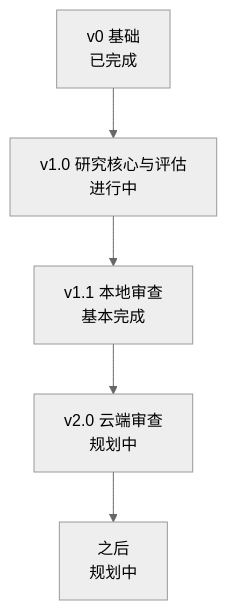
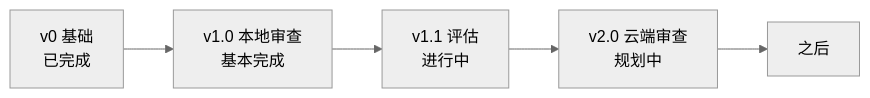
One commit to Pleasurecruise/eyeful changed the diagram in docs/zh/ROADMAP.md. Above: the diagram before and after it, drawn with Mermaid (neutral theme). The commit also changed other lines of this file and 21 other files, not shown here.

First line of the commit message:
docs: align the roadmap and evaluation with the project, and ease the first install

````diff
--- a/docs/zh/ROADMAP.md
+++ b/docs/zh/ROADMAP.md
@@ -5,7 +5,7 @@
 ```mermaid
-flowchart TB
-    v0["v0 基础<br/>已完成"] --> v1["v1.0 研究核心与评估<br/>进行中"]
-    v1 --> v11["v1.1 本地审查<br/>基本完成"]
+flowchart LR
+    v0["v0 基础<br/>已完成"] --> v1["v1.0 本地审查<br/>基本完成"]
+    v1 --> v11["v1.1 评估<br/>进行中"]
     v11 --> v2["v2.0 云端审查<br/>规划中"]
-    v2 --> later["之后<br/>规划中"]
+    v2 --> later["之后"]
 ```
````
